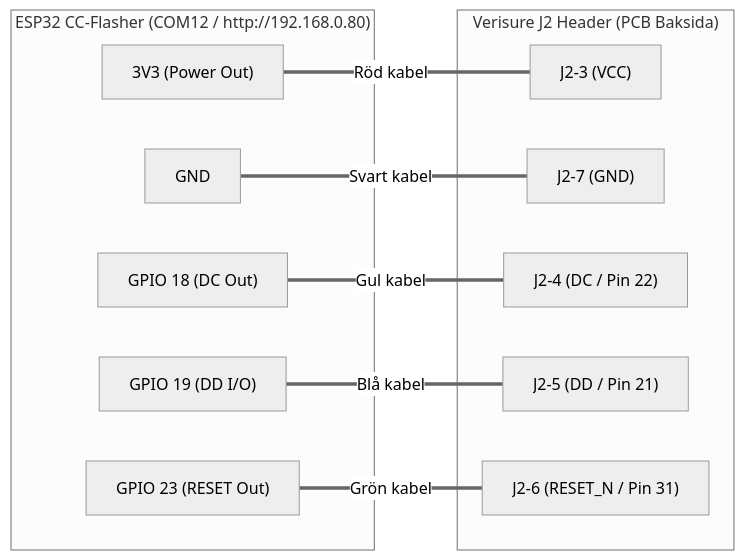
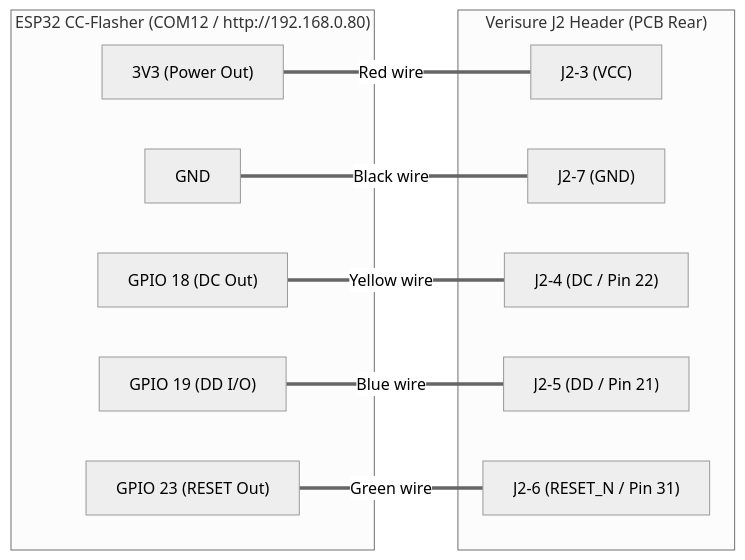
One commit to BonBear/open-verisure changed the diagram in documentation/hardware_cc_flasher.md. Above: the diagram before and after it, drawn with Mermaid (neutral theme). The commit also changed other lines of this file and 17 other files, not shown here.

````diff
--- a/documentation/hardware_cc_flasher.md
+++ b/documentation/hardware_cc_flasher.md
@@ -36,24 +36,24 @@
 ```mermaid
 flowchart LR
     subgraph FLASHER["ESP32 CC-Flasher (COM12 / http://192.168.0.80)"]
         F3V3["3V3 (Power Out)"]
         FGND["GND"]
         FDC["GPIO 18 (DC Out)"]
         FDD["GPIO 19 (DD I/O)"]
         FRST["GPIO 23 (RESET Out)"]
     end
 
-    subgraph J2["Verisure J2 Header (PCB Baksida)"]
+    subgraph J2["Verisure J2 Header (PCB Rear)"]
         J3["J2-3 (VCC)"]
         J7["J2-7 (GND)"]
         J4["J2-4 (DC / Pin 22)"]
         J5["J2-5 (DD / Pin 21)"]
         J6["J2-6 (RESET_N / Pin 31)"]
     end
 
-    F3V3 ===|Röd kabel| J3
-    FGND ===|Svart kabel| J7
-    FDC ===|Gul kabel| J4
-    FDD ===|Blå kabel| J5
-    FRST ===|Grön kabel| J6
+    F3V3 ===|Red wire| J3
+    FGND ===|Black wire| J7
+    FDC ===|Yellow wire| J4
+    FDD ===|Blue wire| J5
+    FRST ===|Green wire| J6
 ```
````
